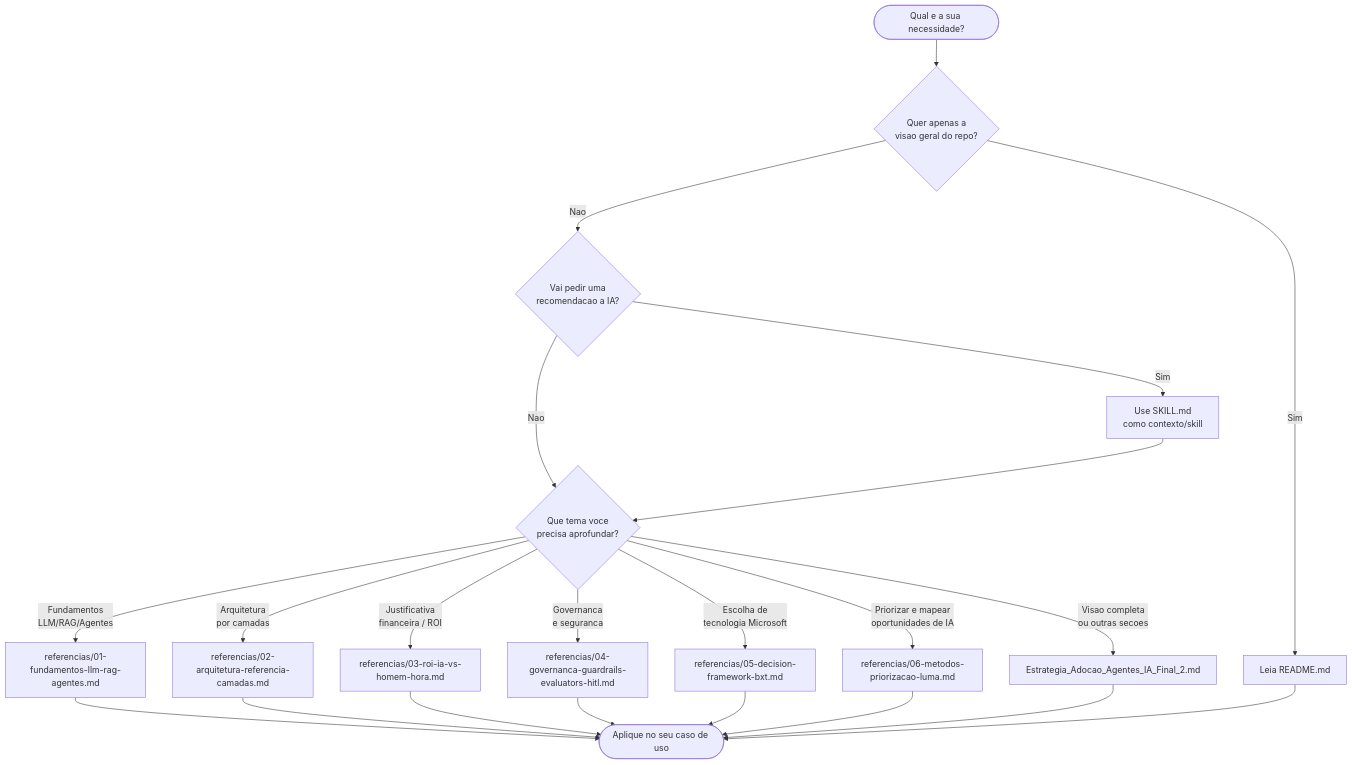
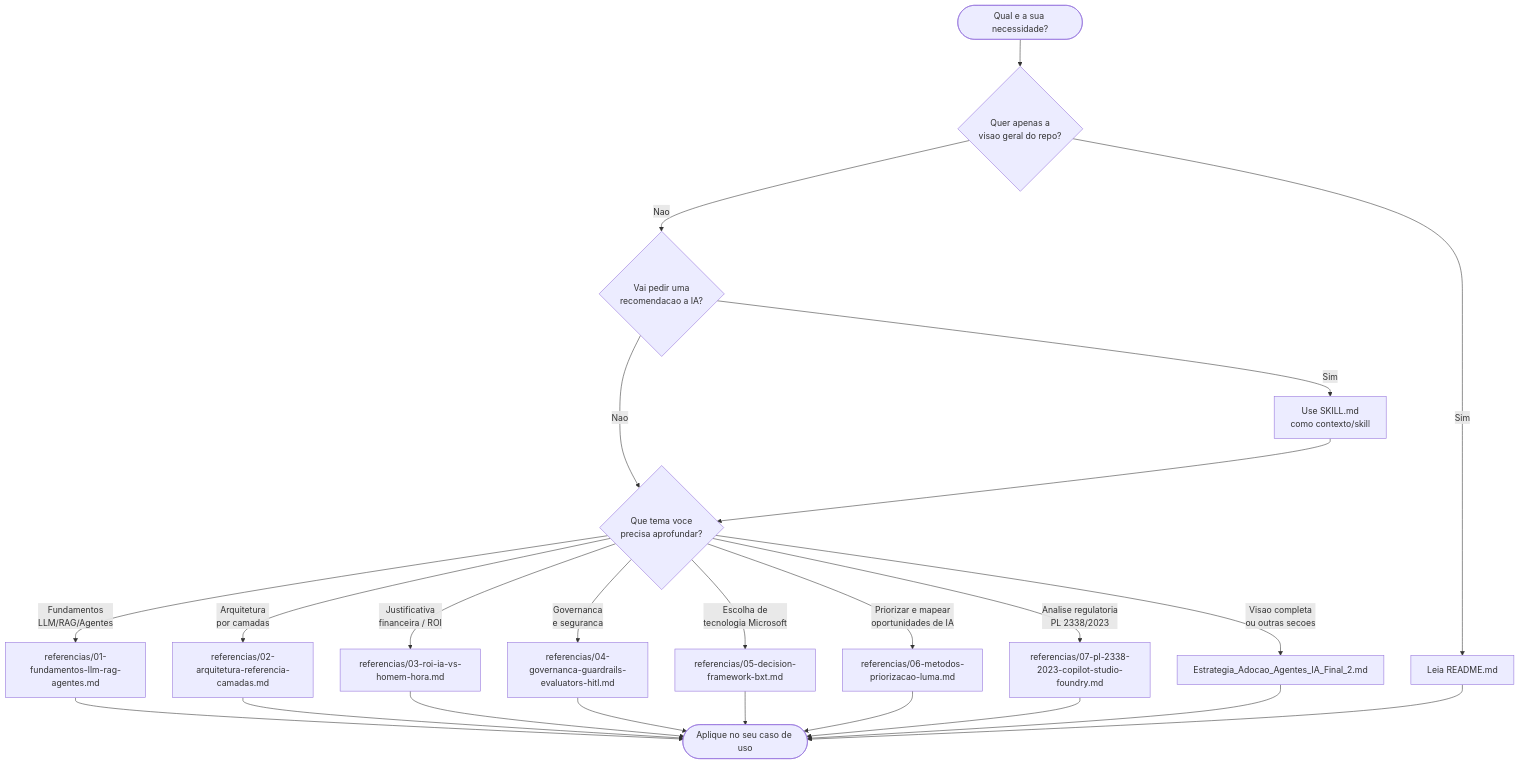
Before and after one commit to fabioharams/hubsp-ai-skill: the second of 2 diagrams in README.md, drawn with Mermaid. The commit also changed other lines of this file and 1 other file, not shown here.

````diff
--- a/README.md
+++ b/README.md
@@ -66,28 +67,30 @@
 ```mermaid
 flowchart TD
     START([Qual e a sua necessidade?]) --> Q1{Quer apenas a<br/>visao geral do repo?}
     Q1 -- Sim --> README[Leia README.md]
     Q1 -- Nao --> Q2{Vai pedir uma<br/>recomendacao a IA?}
 
     Q2 -- Sim --> SKILL[Use SKILL.md<br/>como contexto/skill]
     Q2 -- Nao --> Q3{Que tema voce<br/>precisa aprofundar?}
 
     SKILL --> Q3
 
     Q3 -- Fundamentos<br/>LLM/RAG/Agentes --> R1[referencias/01-fundamentos-llm-rag-agentes.md]
     Q3 -- Arquitetura<br/>por camadas --> R2[referencias/02-arquitetura-referencia-camadas.md]
     Q3 -- Justificativa<br/>financeira / ROI --> R3[referencias/03-roi-ia-vs-homem-hora.md]
     Q3 -- Governanca<br/>e seguranca --> R4[referencias/04-governanca-guardrails-evaluators-hitl.md]
     Q3 -- Escolha de<br/>tecnologia Microsoft --> R5[referencias/05-decision-framework-bxt.md]
     Q3 -- Priorizar e mapear<br/>oportunidades de IA --> R6[referencias/06-metodos-priorizacao-luma.md]
+   Q3 -- Analise regulatoria<br/>PL 2338/2023 --> R7[referencias/07-pl-2338-2023-copilot-studio-foundry.md]
     Q3 -- Visao completa<br/>ou outras secoes --> CANON[Estrategia_Adocao_Agentes_IA_Final_2.md]
 
     R1 --> END([Aplique no seu caso de uso])
     R2 --> END
     R3 --> END
     R4 --> END
     R5 --> END
     R6 --> END
+   R7 --> END
     CANON --> END
     README --> END
 ```
````
